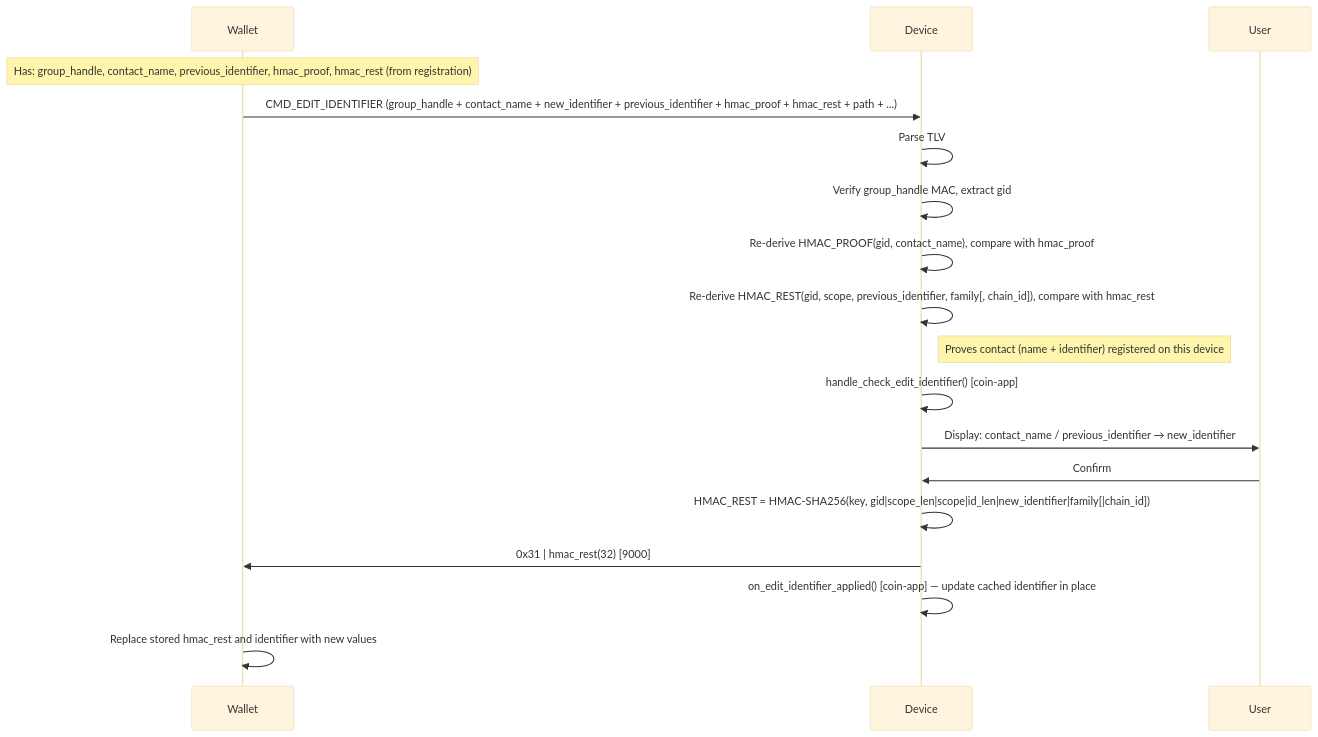
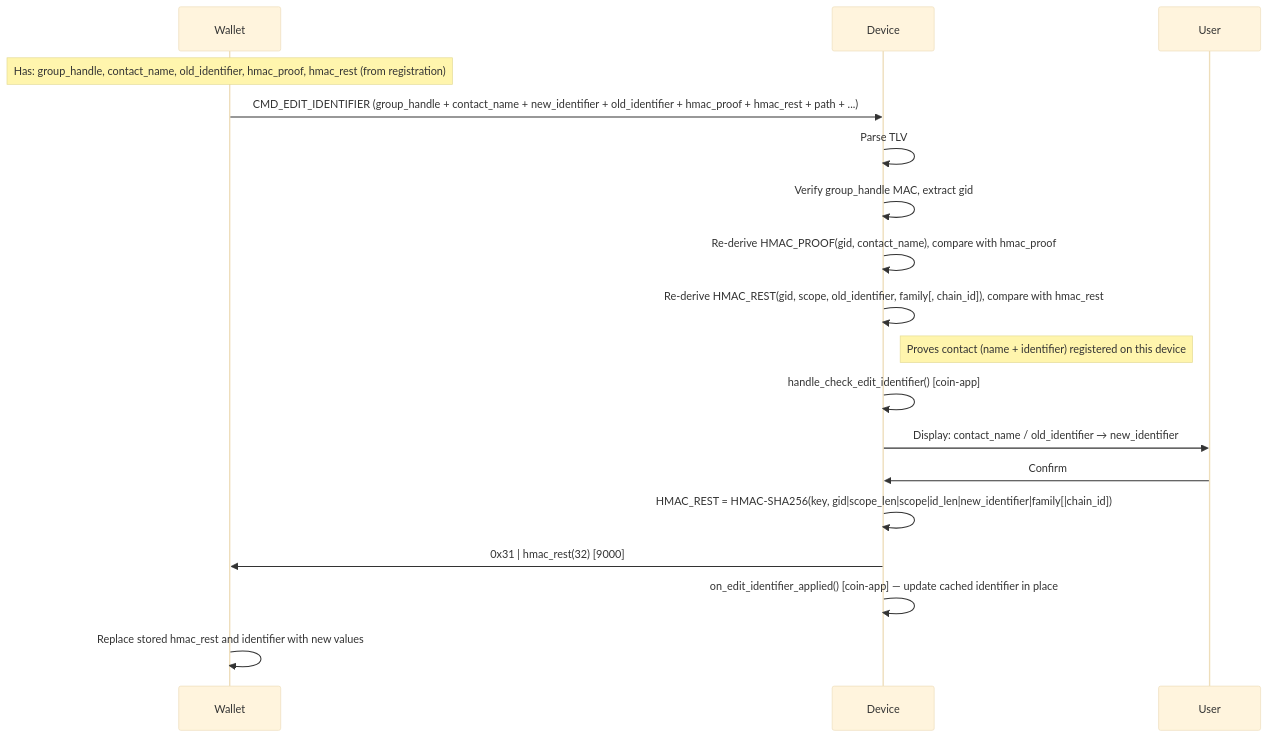
One commit to LedgerHQ/ledger-secure-sdk changed the fifth of 10 diagrams in app_features/address_book/doc/address_book_spec.md. Above: the diagram before and after it, drawn with Mermaid (base theme). The commit also changed other lines of this file and 9 other files, not shown here.

Commit message:
Change 'Previous' by 'Old'

````diff
--- a/app_features/address_book/doc/address_book_spec.md
+++ b/app_features/address_book/doc/address_book_spec.md
@@ -415,18 +415,18 @@
 ```mermaid
 sequenceDiagram
 
-    Note over Wallet: Has: group_handle, contact_name, previous_identifier, hmac_proof, hmac_rest (from registration)
-    Wallet->>Device: CMD_EDIT_IDENTIFIER (group_handle + contact_name + new_identifier + previous_identifier + hmac_proof + hmac_rest + path + ...)
+    Note over Wallet: Has: group_handle, contact_name, old_identifier, hmac_proof, hmac_rest (from registration)
+    Wallet->>Device: CMD_EDIT_IDENTIFIER (group_handle + contact_name + new_identifier + old_identifier + hmac_proof + hmac_rest + path + ...)
     Device->>Device: Parse TLV
     Device->>Device: Verify group_handle MAC, extract gid
     Device->>Device: Re-derive HMAC_PROOF(gid, contact_name), compare with hmac_proof
-    Device->>Device: Re-derive HMAC_REST(gid, scope, previous_identifier, family[, chain_id]), compare with hmac_rest
+    Device->>Device: Re-derive HMAC_REST(gid, scope, old_identifier, family[, chain_id]), compare with hmac_rest
     Note right of Device: Proves contact (name + identifier) registered on this device
     Device->>Device: handle_check_edit_identifier() [coin-app]
-    Device->>User: Display: contact_name / previous_identifier → new_identifier
+    Device->>User: Display: contact_name / old_identifier → new_identifier
     User->>Device: Confirm
     Device->>Device: HMAC_REST = HMAC-SHA256(key, gid|scope_len|scope|id_len|new_identifier|family[|chain_id])
     Device->>Wallet: 0x31 | hmac_rest(32)  [9000]
     Device->>Device: on_edit_identifier_applied() [coin-app] — update cached identifier in place
     Wallet->>Wallet: Replace stored hmac_rest and identifier with new values
 ```
````
